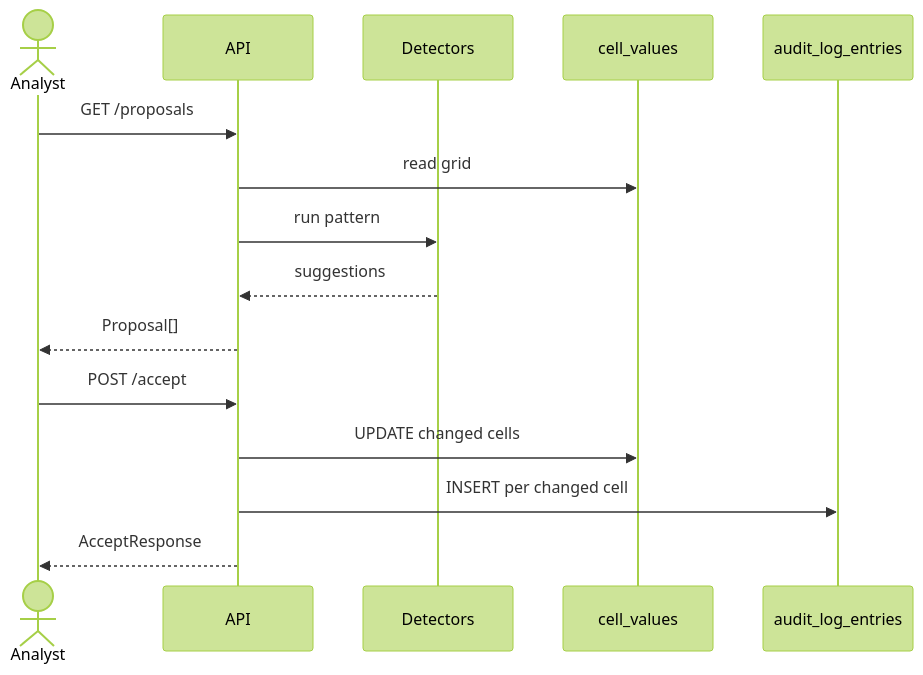
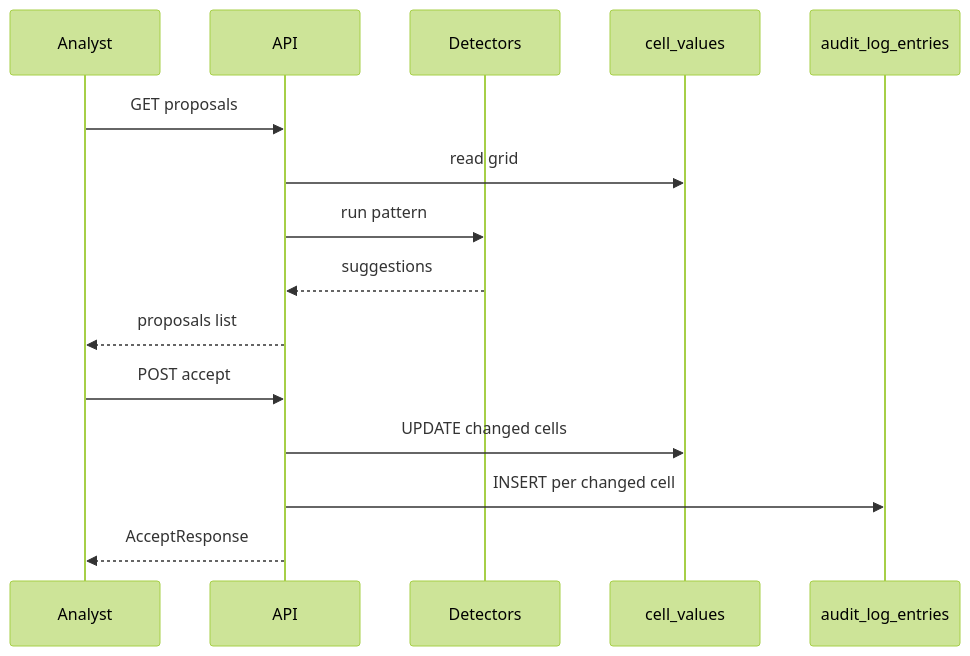
The fourth of 6 diagrams in docs/database-schema.md (EmmS21/keyestakehome), drawn with Mermaid (forest theme) before and after one commit. The commit also changed other lines of this file, not shown here.

First line of the commit message:
fix(docs): make Mermaid diagrams compatible with GitHub renderer.

````diff
--- a/docs/database-schema.md
+++ b/docs/database-schema.md
@@ -113,19 +117,19 @@
 ```mermaid
 sequenceDiagram
-  actor Analyst
+  participant Analyst
   participant API
   participant Detectors
   participant CV as cell_values
   participant Audit as audit_log_entries
 
-  Analyst->>API: GET /proposals
+  Analyst->>API: GET proposals
   API->>CV: read grid
   API->>Detectors: run pattern
   Detectors-->>API: suggestions
-  API-->>Analyst: Proposal[]
+  API-->>Analyst: proposals list
 
-  Analyst->>API: POST /accept
+  Analyst->>API: POST accept
   API->>CV: UPDATE changed cells
   API->>Audit: INSERT per changed cell
   API-->>Analyst: AcceptResponse
 ```
````
